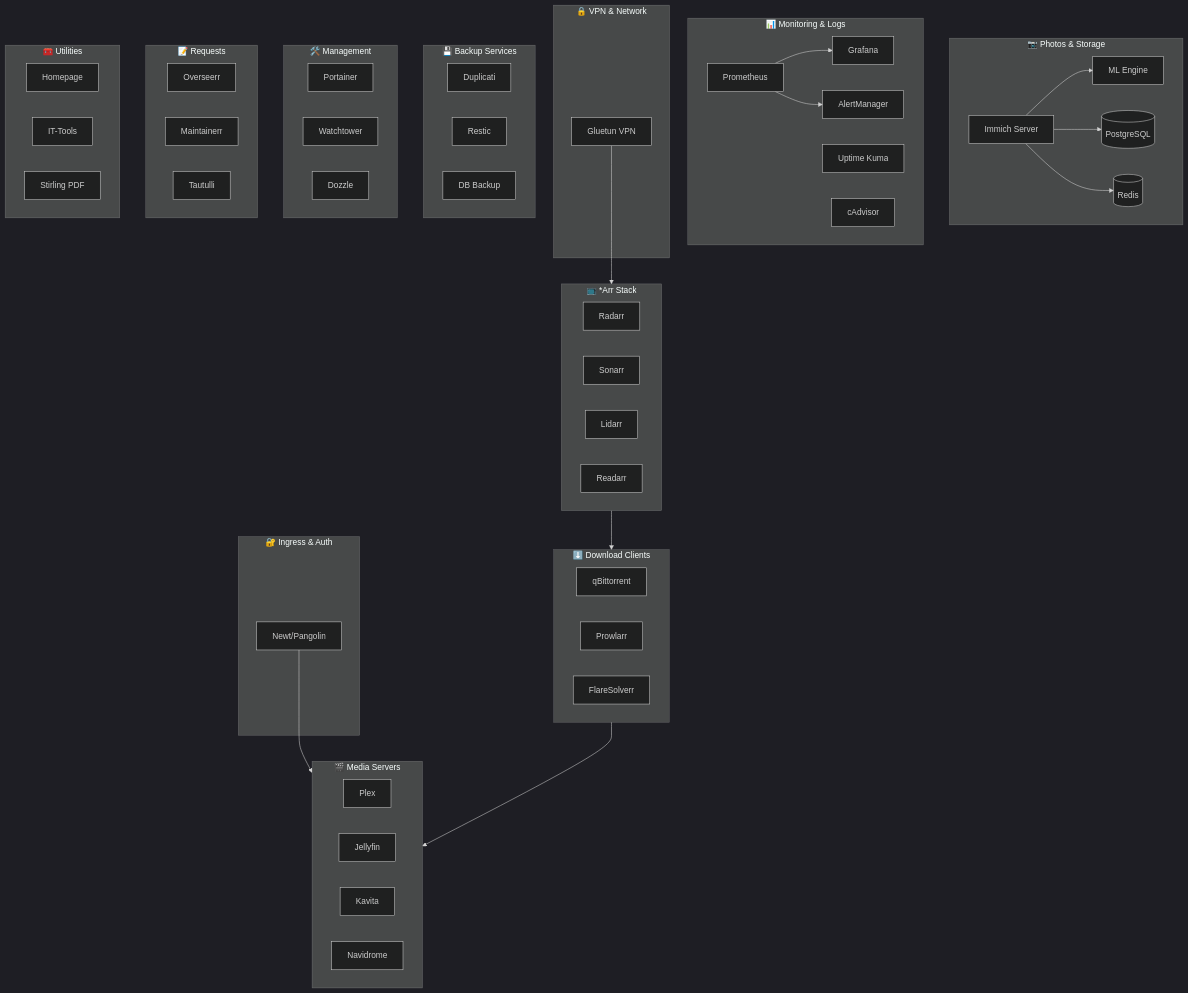
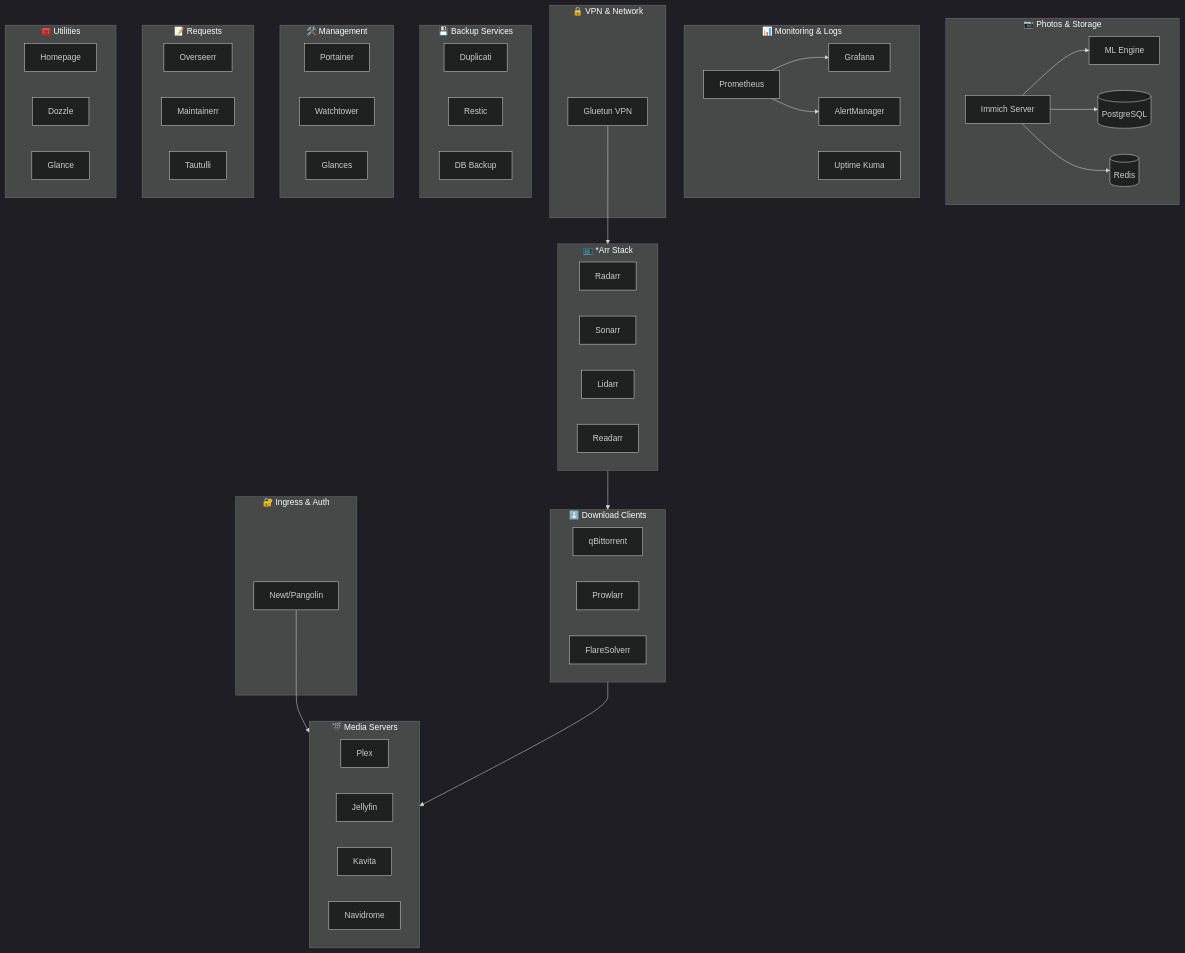
Before and after one commit to manumanohar11/homelab: the first of 14 diagrams in docs/architecture.md, drawn with Mermaid (dark theme). The commit also changed other lines of this file and 4893 other files, not shown here.

````diff
--- a/docs/architecture.md
+++ b/docs/architecture.md
@@ -24,79 +24,78 @@
 ```mermaid
 graph TB
     subgraph INGRESS["🔐 Ingress & Auth"]
         Newt[Newt/Pangolin]
     end
 
     subgraph MEDIA["🎬 Media Servers"]
         Plex[Plex]
         Jellyfin[Jellyfin]
         Kavita[Kavita]
         Navidrome[Navidrome]
     end
 
     subgraph PHOTOS["📷 Photos & Storage"]
         Immich[Immich Server]
         ImmichML[ML Engine]
         Postgres[(PostgreSQL)]
         Redis[(Redis)]
     end
 
     subgraph MONITORING["📊 Monitoring & Logs"]
         Prometheus[Prometheus]
         Grafana[Grafana]
         AlertManager[AlertManager]
         UptimeKuma[Uptime Kuma]
-        cAdvisor[cAdvisor]
     end
 
     subgraph VPN["🔒 VPN & Network"]
         Gluetun[Gluetun VPN]
     end
 
     subgraph ARR["📺 *Arr Stack"]
         Radarr[Radarr]
         Sonarr[Sonarr]
         Lidarr[Lidarr]
         Readarr[Readarr]
     end
 
     subgraph DOWNLOAD["⬇️ Download Clients"]
         qBittorrent[qBittorrent]
         Prowlarr[Prowlarr]
         FlareSolverr[FlareSolverr]
     end
 
     subgraph BACKUP["💾 Backup Services"]
         Duplicati[Duplicati]
         Restic[Restic]
         DBBackup[DB Backup]
     end
 
     subgraph MANAGEMENT["🛠️ Management"]
         Portainer[Portainer]
         Watchtower[Watchtower]
-        Dozzle[Dozzle]
+        Glances[Glances]
     end
 
     subgraph REQUESTS["📝 Requests"]
         Overseerr[Overseerr]
         Maintainerr[Maintainerr]
         Tautulli[Tautulli]
     end
 
     subgraph UTILITIES["🧰 Utilities"]
         Homepage[Homepage]
-        ITTools[IT-Tools]
-        Stirling[Stirling PDF]
+        Dozzle[Dozzle]
+        Glance[Glance]
     end
 
     Newt --> MEDIA
     Gluetun --> ARR
     ARR --> DOWNLOAD
     DOWNLOAD --> MEDIA
     Immich --> ImmichML
     Immich --> Postgres
     Immich --> Redis
     Prometheus --> Grafana
     Prometheus --> AlertManager
 ```
````
